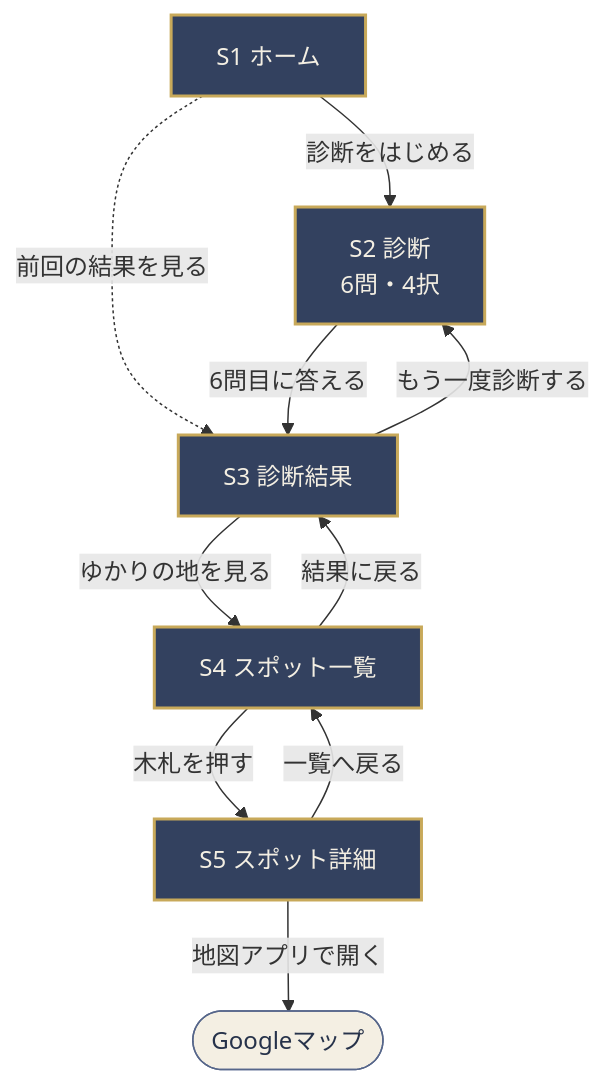
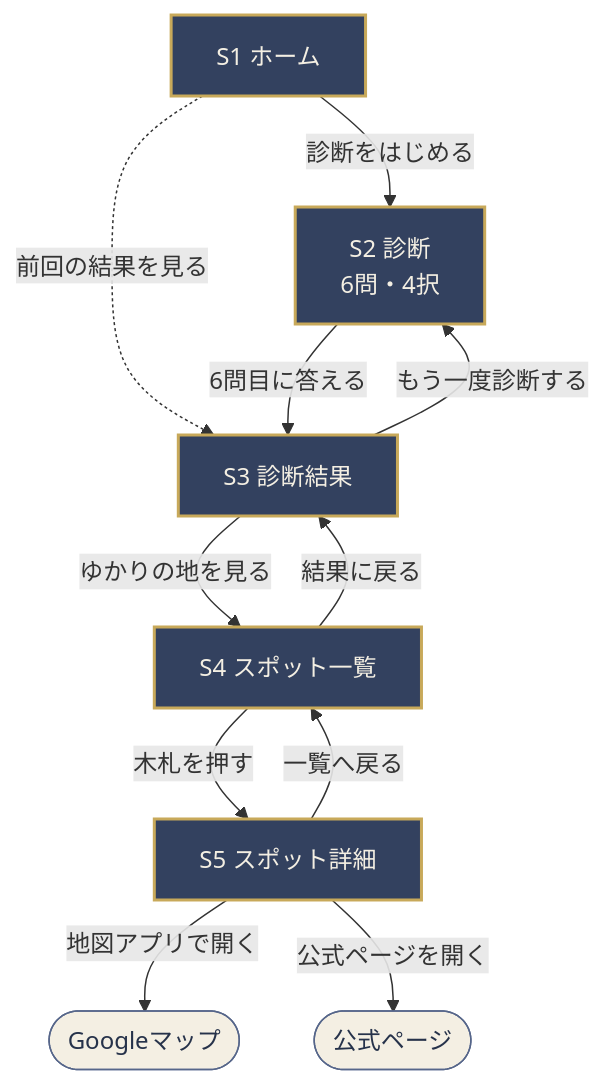
The first of 2 diagrams in README.md (yuki566/togashi-app), drawn with Mermaid before and after one commit. The commit also changed other lines of this file, not shown here.

````diff
--- a/README.md
+++ b/README.md
@@ -113,24 +114,26 @@
 ```mermaid
 flowchart TB
   S1["S1 ホーム"]
   S2["S2 診断<br/>6問・4択"]
   S3["S3 診断結果"]
   S4["S4 スポット一覧"]
   S5["S5 スポット詳細"]
   MAP(["Googleマップ"])
+  WEB(["公式ページ"])
 
   S1 -- 診断をはじめる --> S2
   S1 -. 前回の結果を見る .-> S3
   S2 -- 6問目に答える --> S3
   S3 -- もう一度診断する --> S2
   S3 -- ゆかりの地を見る --> S4
   S4 -- 結果に戻る --> S3
   S4 -- 木札を押す --> S5
   S5 -- 一覧へ戻る --> S4
   S5 -- 地図アプリで開く --> MAP
+  S5 -- 公式ページを開く --> WEB
 
   classDef screen fill:#33415f,stroke:#c8a95a,stroke-width:2px,color:#f4efe3
   classDef outside fill:#f4efe3,stroke:#56668a,color:#26324a
   class S1,S2,S3,S4,S5 screen
-  class MAP outside
+  class MAP,WEB outside
 ```
````
